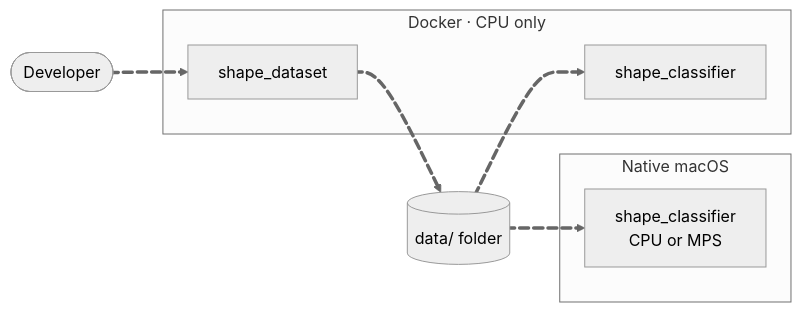
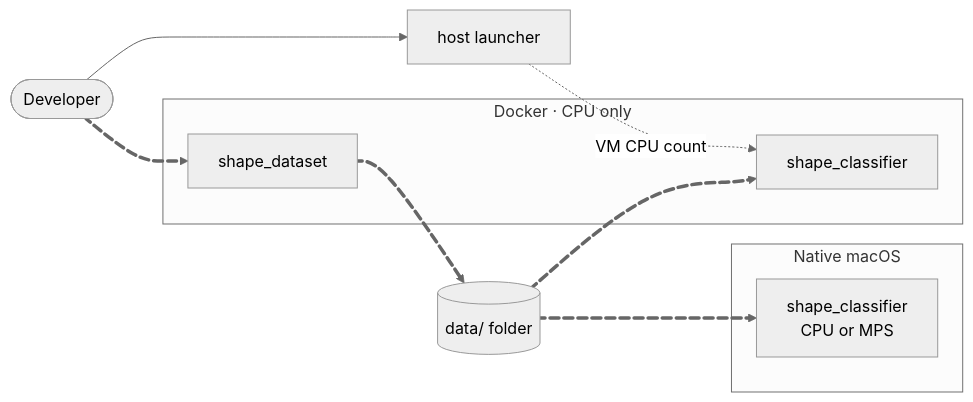
Before and after one commit to nal/ML: the first of 15 diagrams in CNN/image_classification/docs/hld/slides.md, drawn with Mermaid (neutral theme). The commit also changed other lines of this file and 1 other file, not shown here.

````diff
--- a/CNN/image_classification/docs/hld/slides.md
+++ b/CNN/image_classification/docs/hld/slides.md
@@ -64,20 +64,23 @@
 ```mermaid {scale: 0.85}
 flowchart LR
   user([Developer])
   subgraph docker["Docker · CPU only"]
     gen["shape_dataset"]
     clf["shape_classifier"]
   end
   subgraph native["Native macOS"]
     nclf["shape_classifier<br/>CPU or MPS"]
   end
   data[("data/ folder")]
+  launch["host launcher"]
   user e1@==> gen
+  user --> launch
+  launch -. "VM CPU count" .-> clf
   gen e2@==> data
   data e3@==> clf
   data e4@==> nclf
   e1@{ animate: true }
   e2@{ animate: true }
   e3@{ animate: true }
   e4@{ animate: true }
 ```
````
